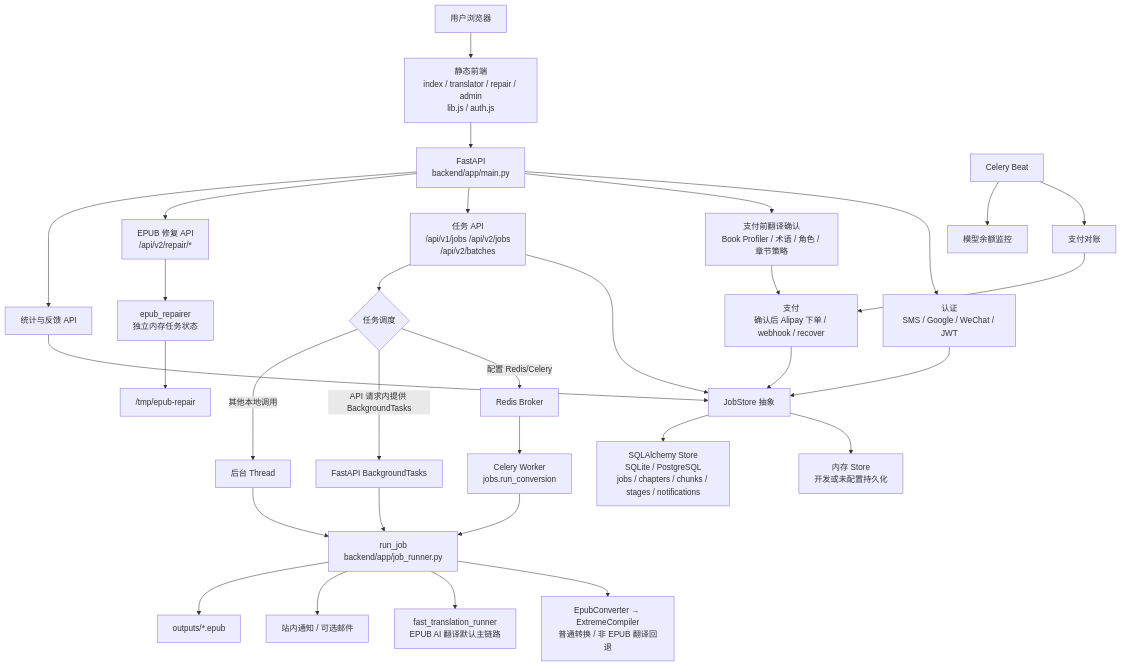
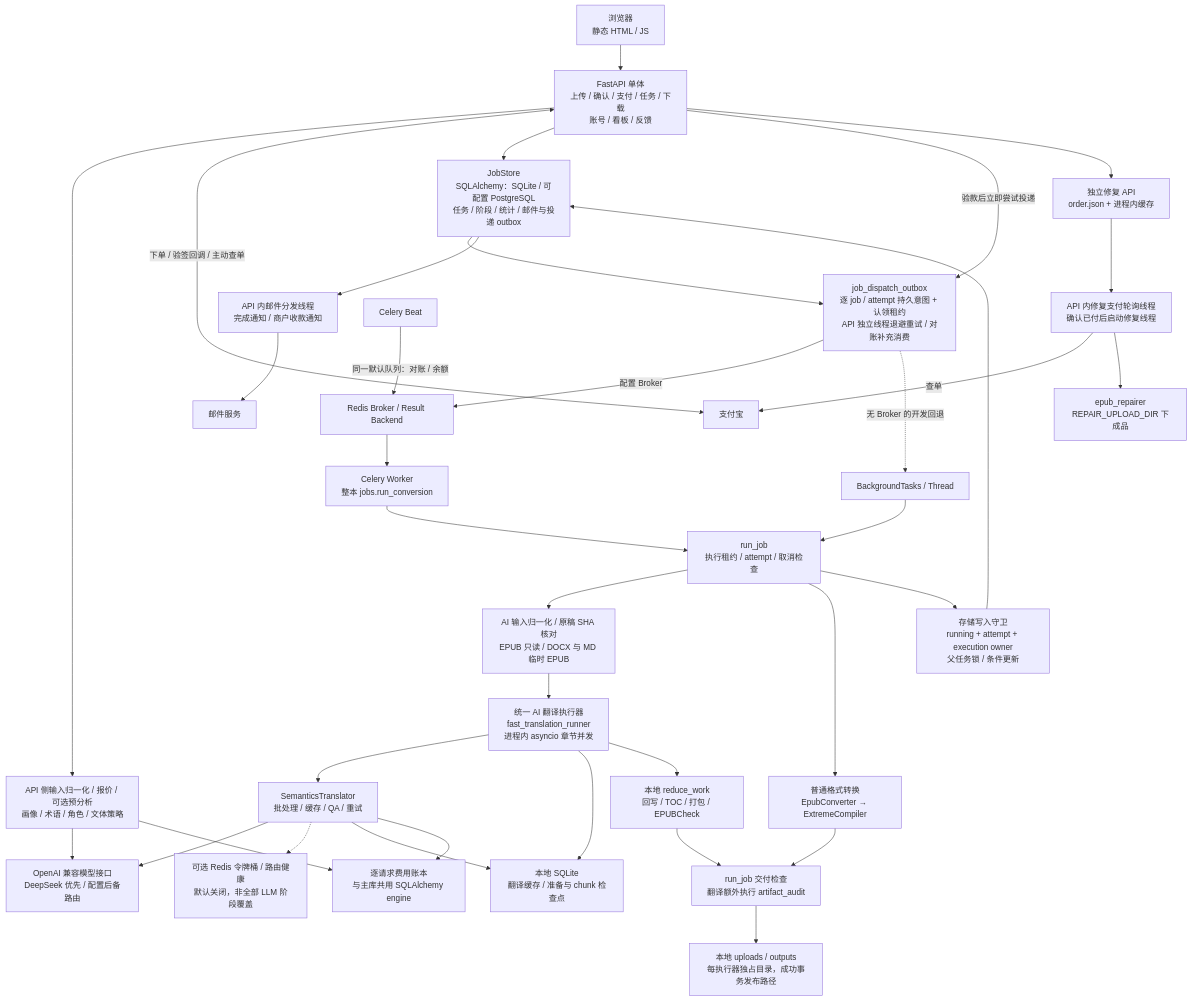
Before and after one commit to zengchanghuan/epub-factory: the first of 6 diagrams in docs/ARCHITECTURE-DIAGRAM.md, drawn with Mermaid. The commit also changed other lines of this file and 106 other files, not shown here.

````diff
--- a/docs/ARCHITECTURE-DIAGRAM.md
+++ b/docs/ARCHITECTURE-DIAGRAM.md
@@ -13,40 +21,38 @@
 ```mermaid
 flowchart TB
-  U["用户浏览器"] --> FE["静态前端<br/>index / translator / repair / admin<br/>lib.js / auth.js"]
-  FE --> API["FastAPI<br/>backend/app/main.py"]
-
-  API --> Auth["认证<br/>SMS / Google / WeChat / JWT"]
-  API --> Preflight["支付前翻译确认<br/>Book Profiler / 术语 / 角色 / 章节策略"]
-  Preflight --> Pay["支付<br/>确认后 Alipay 下单 / webhook / recover"]
-  API --> JobAPI["任务 API<br/>/api/v1/jobs /api/v2/jobs<br/>/api/v2/batches"]
-  API --> Repair["EPUB 修复 API<br/>/api/v2/repair/*"]
-  API --> Admin["统计与反馈 API"]
-
-  JobAPI --> Store["JobStore 抽象"]
-  Auth --> Store
-  Pay --> Store
-  Admin --> Store
-  Store --> Mem["内存 Store<br/>开发或未配置持久化"]
-  Store --> DB["SQLAlchemy Store<br/>SQLite / PostgreSQL<br/>jobs / chapters / chunks / stages / notifications"]
-
-  JobAPI --> Dispatch{"任务调度"}
-  Dispatch -->|"配置 Redis/Celery"| Redis["Redis Broker"]
-  Redis --> Worker["Celery Worker<br/>jobs.run_conversion"]
-  Dispatch -->|"API 请求内提供 BackgroundTasks"| BG["FastAPI BackgroundTasks"]
-  Dispatch -->|"其他本地调用"| Thread["后台 Thread"]
-  Worker --> Runner["run_job<br/>backend/app/job_runner.py"]
-  BG --> Runner
-  Thread --> Runner
-
-  Runner --> Standard["EpubConverter → ExtremeCompiler<br/>普通转换 / 非 EPUB 翻译回退"]
-  Runner --> Fast["fast_translation_runner<br/>EPUB AI 翻译默认主链路"]
-  Runner --> Notify["站内通知 / 可选邮件"]
-  Runner --> Output["outputs/*.epub"]
-
-  Repair --> RepairEngine["epub_repairer<br/>独立内存任务状态"]
-  RepairEngine --> RepairTmp["/tmp/epub-repair"]
-
-  Beat["Celery Beat"] --> Reconcile["支付对账"]
-  Beat --> Balance["模型余额监控"]
-  Reconcile --> Pay
+  U["浏览器<br/>静态 HTML / JS"] --> API["FastAPI 单体<br/>上传 / 确认 / 支付 / 任务 / 下载<br/>账号 / 看板 / 反馈"]
+  API --> Preflight["API 侧输入归一化 / 报价 / 可选预分析<br/>画像 / 术语 / 角色 / 文体策略"]
+  Preflight --> LLM["OpenAI 兼容模型接口<br/>DeepSeek 优先 / 配置后备路由"]
+  API <-->|"下单 / 验签回调 / 主动查单"| Pay["支付宝"]
+  API --> Store["JobStore<br/>SQLAlchemy：SQLite / 可配置 PostgreSQL<br/>任务 / 阶段 / 统计 / 邮件与投递 outbox"]
+  Store --> Dispatch["job_dispatch_outbox<br/>逐 job / attempt 持久意图 + 认领租约<br/>API 独立线程退避重试 / 对账补充消费"]
+  API -->|"验款后立即尝试投递"| Dispatch
+  Dispatch -->|"配置 Broker"| Redis["Redis Broker / Result Backend"]
+  Redis --> Worker["Celery Worker<br/>整本 jobs.run_conversion"]
+  Dispatch -.->|"无 Broker 的开发回退"| Local["BackgroundTasks / Thread"]
+  Worker --> Runner["run_job<br/>执行租约 / attempt / 取消检查"]
+  Local --> Runner
+  Runner --> Normalize["AI 输入归一化 / 原稿 SHA 核对<br/>EPUB 只读 / DOCX 与 MD 临时 EPUB"]
+  Normalize --> Fast["统一 AI 翻译执行器<br/>fast_translation_runner<br/>进程内 asyncio 章节并发"]
+  Runner --> Standard["普通格式转换<br/>EpubConverter → ExtremeCompiler"]
+  Fast --> Translator["SemanticsTranslator<br/>批处理 / 缓存 / QA / 重试"]
+  Translator --> LLM
+  Translator -.-> Guard["可选 Redis 令牌桶 / 路由健康<br/>默认关闭，非全部 LLM 阶段覆盖"]
+  Fast --> Cache["本地 SQLite<br/>翻译缓存 / 准备与 chunk 检查点"]
+  Translator --> Cache
+  Fast --> Reduce["本地 reduce_work<br/>回写 / TOC / 打包 / EPUBCheck"]
+  Standard --> Gate["run_job 交付检查<br/>翻译额外执行 artifact_audit"]
+  Reduce --> Gate
+  Gate --> Files["本地 uploads / outputs<br/>每执行器独占目录，成功事务发布路径"]
+  Runner --> Fence["存储写入守卫<br/>running + attempt + execution owner<br/>父任务锁 / 条件更新"]
+  Fence --> Store
+  Preflight --> Ledger["逐请求费用账本<br/>与主库共用 SQLAlchemy engine"]
+  Translator --> Ledger
+  API --> Repair["独立修复 API<br/>order.json + 进程内缓存"]
+  Repair --> RepairWorker["API 内修复支付轮询线程<br/>确认已付后启动修复线程"]
+  RepairWorker -->|"查单"| Pay
+  RepairWorker --> RepairEngine["epub_repairer<br/>REPAIR_UPLOAD_DIR 下成品"]
+  Store --> Mail["API 内邮件分发线程<br/>完成通知 / 商户收款通知"]
+  Mail --> SMTP["邮件服务"]
+  Beat["Celery Beat"] -->|"同一默认队列：对账 / 余额"| Redis
 ```
````
